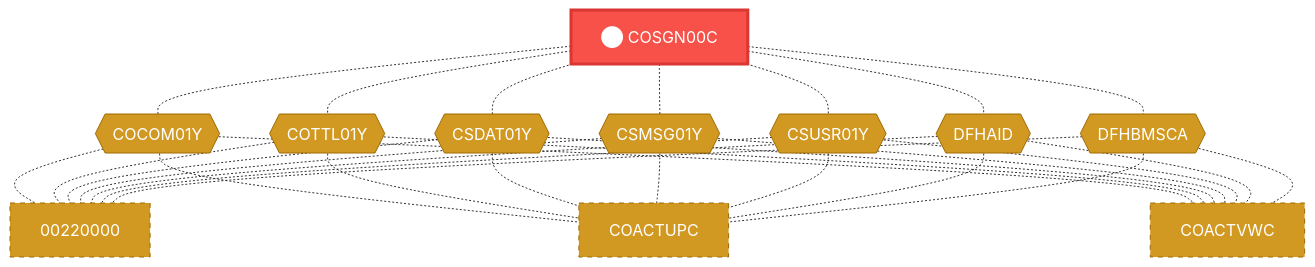
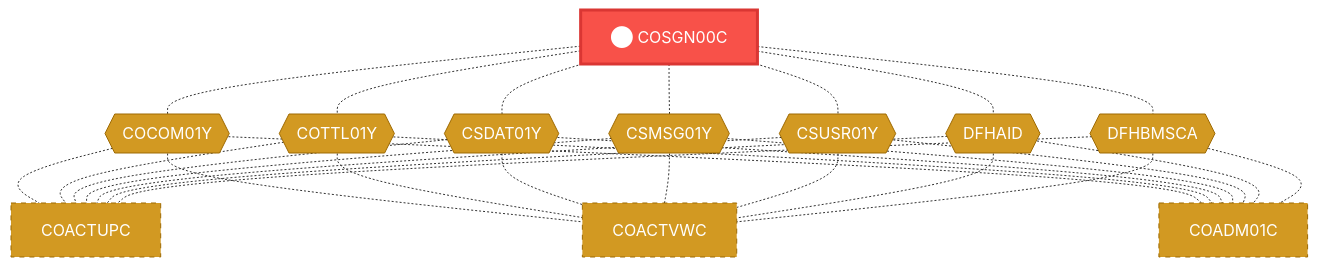
One commit to Arun973150/new_doc changed the first of 2 diagrams in Unisys_doc-main/doc_demo/docs/programs/COSGN00C.md. Above: the diagram before and after it, drawn with Mermaid. The commit also changed other lines of this file and 609 other files, not shown here.

````diff
--- a/Unisys_doc-main/doc_demo/docs/programs/COSGN00C.md
+++ b/Unisys_doc-main/doc_demo/docs/programs/COSGN00C.md
@@ -55,66 +55,66 @@
 ```mermaid
 flowchart TD
     COSGN00C["⬤ COSGN00C"]:::target
     CB_COCOM01Y{{"COCOM01Y"}}:::copybook
     COSGN00C -.- CB_COCOM01Y
-    00220000["00220000"]:::coupled
-    CB_COCOM01Y -.- 00220000
     COACTUPC["COACTUPC"]:::coupled
     CB_COCOM01Y -.- COACTUPC
     COACTVWC["COACTVWC"]:::coupled
     CB_COCOM01Y -.- COACTVWC
+    COADM01C["COADM01C"]:::coupled
+    CB_COCOM01Y -.- COADM01C
     CB_COTTL01Y{{"COTTL01Y"}}:::copybook
     COSGN00C -.- CB_COTTL01Y
-    00220000["00220000"]:::coupled
-    CB_COTTL01Y -.- 00220000
     COACTUPC["COACTUPC"]:::coupled
     CB_COTTL01Y -.- COACTUPC
     COACTVWC["COACTVWC"]:::coupled
     CB_COTTL01Y -.- COACTVWC
+    COADM01C["COADM01C"]:::coupled
+    CB_COTTL01Y -.- COADM01C
     CB_CSDAT01Y{{"CSDAT01Y"}}:::copybook
     COSGN00C -.- CB_CSDAT01Y
-    00220000["00220000"]:::coupled
-    CB_CSDAT01Y -.- 00220000
     COACTUPC["COACTUPC"]:::coupled
     CB_CSDAT01Y -.- COACTUPC
     COACTVWC["COACTVWC"]:::coupled
     CB_CSDAT01Y -.- COACTVWC
+    COADM01C["COADM01C"]:::coupled
+    CB_CSDAT01Y -.- COADM01C
     CB_CSMSG01Y{{"CSMSG01Y"}}:::copybook
     COSGN00C -.- CB_CSMSG01Y
-    00220000["00220000"]:::coupled
-    CB_CSMSG01Y -.- 00220000
     COACTUPC["COACTUPC"]:::coupled
     CB_CSMSG01Y -.- COACTUPC
     COACTVWC["COACTVWC"]:::coupled
     CB_CSMSG01Y -.- COACTVWC
+    COADM01C["COADM01C"]:::coupled
+    CB_CSMSG01Y -.- COADM01C
     CB_CSUSR01Y{{"CSUSR01Y"}}:::copybook
     COSGN00C -.- CB_CSUSR01Y
-    00220000["00220000"]:::coupled
-    CB_CSUSR01Y -.- 00220000
     COACTUPC["COACTUPC"]:::coupled
     CB_CSUSR01Y -.- COACTUPC
     COACTVWC["COACTVWC"]:::coupled
     CB_CSUSR01Y -.- COACTVWC
+    COADM01C["COADM01C"]:::coupled
+    CB_CSUSR01Y -.- COADM01C
     CB_DFHAID{{"DFHAID"}}:::copybook
     COSGN00C -.- CB_DFHAID
-    00220000["00220000"]:::coupled
-    CB_DFHAID -.- 00220000
     COACTUPC["COACTUPC"]:::coupled
     CB_DFHAID -.- COACTUPC
     COACTVWC["COACTVWC"]:::coupled
     CB_DFHAID -.- COACTVWC
+    COADM01C["COADM01C"]:::coupled
+    CB_DFHAID -.- COADM01C
     CB_DFHBMSCA{{"DFHBMSCA"}}:::copybook
     COSGN00C -.- CB_DFHBMSCA
-    00220000["00220000"]:::coupled
-    CB_DFHBMSCA -.- 00220000
     COACTUPC["COACTUPC"]:::coupled
     CB_DFHBMSCA -.- COACTUPC
     COACTVWC["COACTVWC"]:::coupled
     CB_DFHBMSCA -.- COACTVWC
+    COADM01C["COADM01C"]:::coupled
+    CB_DFHBMSCA -.- COADM01C
     classDef target fill:#f85149,stroke:#da3633,color:#fff,stroke-width:3px
     classDef caller fill:#58a6ff,stroke:#1f6feb,color:#fff
     classDef callee fill:#3fb950,stroke:#238636,color:#fff
     classDef copybook fill:#d29922,stroke:#9e6a03,color:#fff
     classDef coupled fill:#d29922,stroke:#9e6a03,color:#fff,stroke-dasharray:5
     classDef transitive fill:#484f58,stroke:#8b949e,color:#c9d1d9,stroke-dasharray:5
 ```
````
